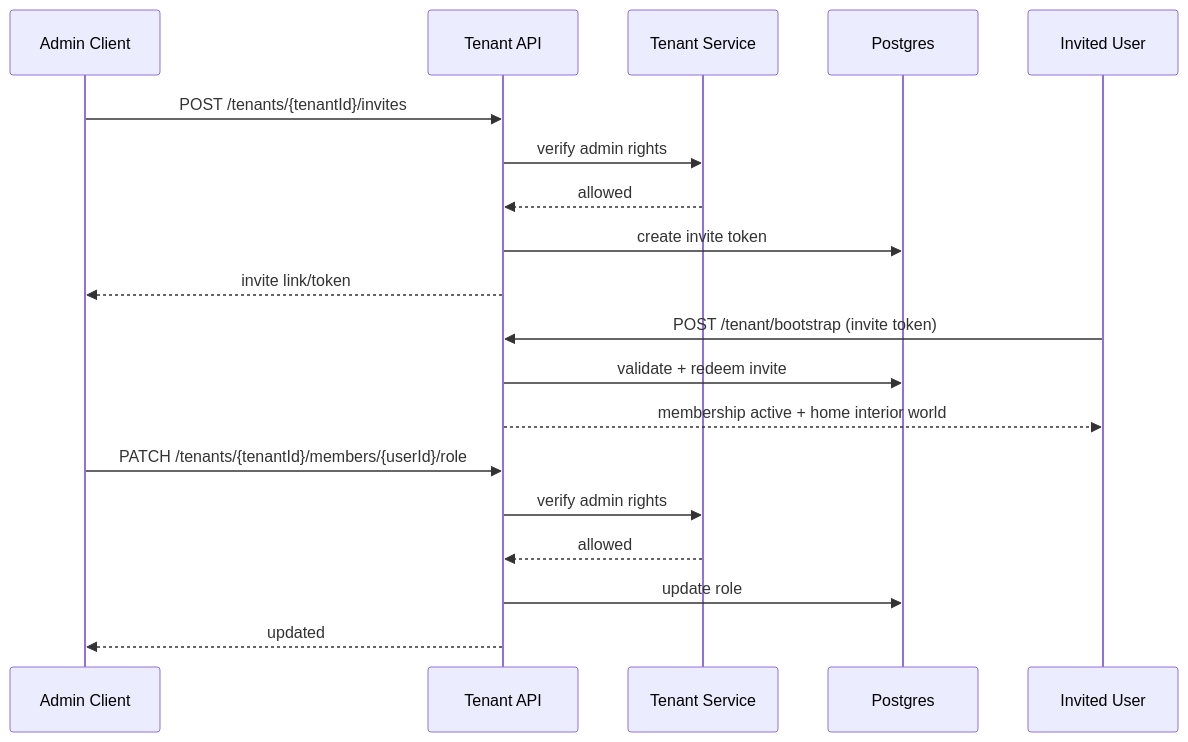
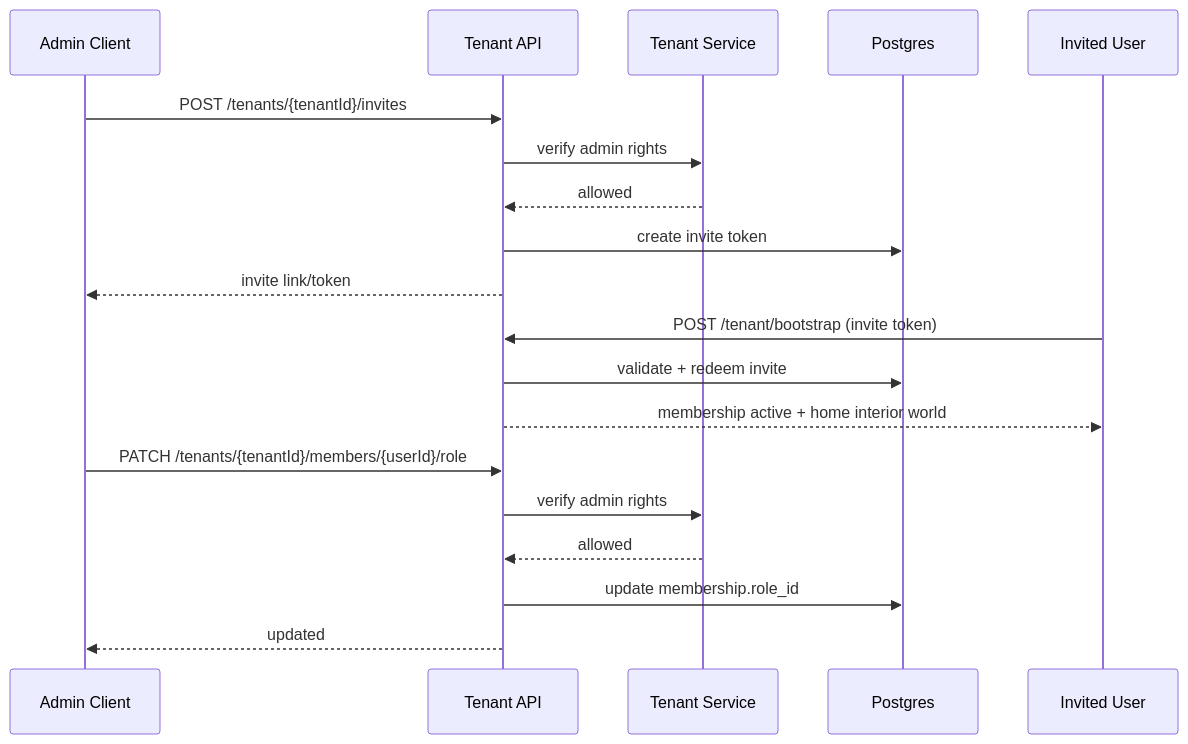
The sixth of 8 diagrams in Specs/tenant-architecture-plan.md (Catalystnick/Gather-poc), drawn with Mermaid before and after one commit. The commit also changed other lines of this file and 20 other files, not shown here.

````diff
--- a/Specs/tenant-architecture-plan.md
+++ b/Specs/tenant-architecture-plan.md
@@ -368,24 +475,24 @@
 ```mermaid
 sequenceDiagram
   participant A as Admin Client
   participant API as Tenant API
   participant T as Tenant Service
   participant DB as Postgres
   participant U as Invited User
 
   A->>API: POST /tenants/{tenantId}/invites
   API->>T: verify admin rights
   T-->>API: allowed
   API->>DB: create invite token
   API-->>A: invite link/token
 
   U->>API: POST /tenant/bootstrap (invite token)
   API->>DB: validate + redeem invite
   API-->>U: membership active + home interior world
 
   A->>API: PATCH /tenants/{tenantId}/members/{userId}/role
   API->>T: verify admin rights
   T-->>API: allowed
-  API->>DB: update role
+  API->>DB: update membership.role_id
   API-->>A: updated
 ```
````
